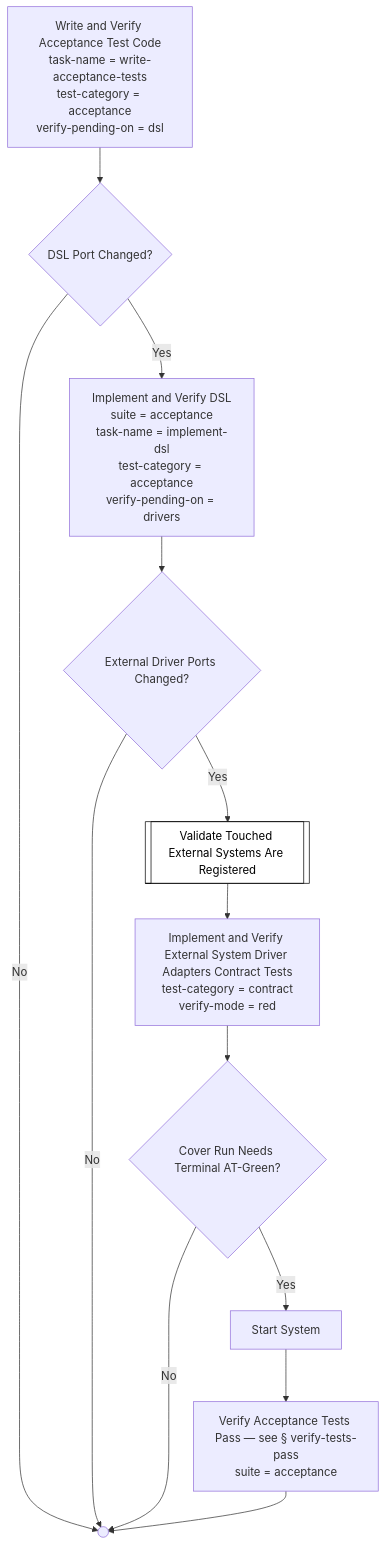
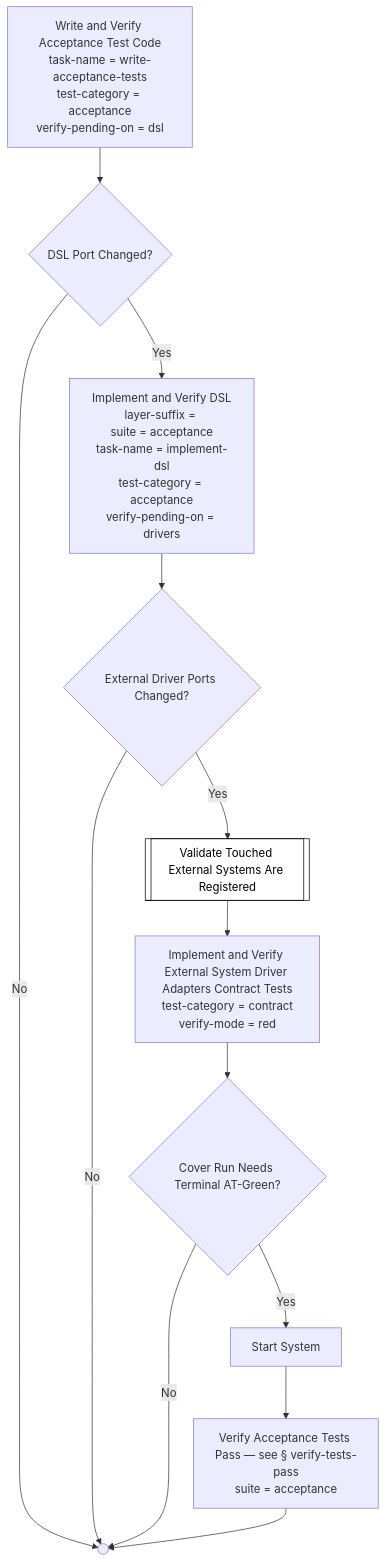
Before and after one commit to optivem/gh-optivem: diagram 15 of 51 in docs/process-diagram.md, drawn with Mermaid. The commit also changed other lines of this file and 9 other files, not shown here.

Commit message:
atdd: regenerate process-flow diagram

````diff
--- a/docs/process-diagram.md
+++ b/docs/process-diagram.md
@@ -285,29 +285,29 @@
 ```mermaid
 flowchart TD
     WRITE_AND_VERIFY_ACCEPTANCE_TEST_CODE["Write and Verify Acceptance Test Code<br/>task-name = write-acceptance-tests<br/>test-category = acceptance<br/>verify-pending-on = dsl"]
     GATE_DSL_PORT_CHANGED{DSL Port Changed?}
-    IMPLEMENT_AND_VERIFY_DSL["Implement and Verify DSL<br/>suite = acceptance<br/>task-name = implement-dsl<br/>test-category = acceptance<br/>verify-pending-on = drivers"]
+    IMPLEMENT_AND_VERIFY_DSL["Implement and Verify DSL<br/>layer-suffix = <br/>suite = acceptance<br/>task-name = implement-dsl<br/>test-category = acceptance<br/>verify-pending-on = drivers"]
     SHARED_CONTRACT_END(( ))
     GATE_EXTERNAL_DRIVER_PORTS_CHANGED{External Driver Ports Changed?}
     VALIDATE_EXTERNAL_SYSTEMS_REGISTERED[[Validate Touched External Systems Are Registered]]
     IMPLEMENT_AND_VERIFY_EXTERNAL_DRIVER_ADAPTERS["Implement and Verify External System Driver Adapters Contract Tests<br/>test-category = contract<br/>verify-mode = red"]
     GATE_AT_TERMINAL_GREEN{Cover Run Needs Terminal AT-Green?}
     START_SYSTEM_AT_TERMINAL[Start System]
     VERIFY_TESTS_PASS_ACCEPTANCE_TERMINAL["Verify Acceptance Tests Pass — see § verify-tests-pass<br/>suite = acceptance"]
 
     WRITE_AND_VERIFY_ACCEPTANCE_TEST_CODE --> GATE_DSL_PORT_CHANGED
     GATE_DSL_PORT_CHANGED -- Yes --> IMPLEMENT_AND_VERIFY_DSL
     GATE_DSL_PORT_CHANGED -- No --> SHARED_CONTRACT_END
     IMPLEMENT_AND_VERIFY_DSL --> GATE_EXTERNAL_DRIVER_PORTS_CHANGED
     GATE_EXTERNAL_DRIVER_PORTS_CHANGED -- Yes --> VALIDATE_EXTERNAL_SYSTEMS_REGISTERED
     GATE_EXTERNAL_DRIVER_PORTS_CHANGED -- No --> SHARED_CONTRACT_END
     VALIDATE_EXTERNAL_SYSTEMS_REGISTERED --> IMPLEMENT_AND_VERIFY_EXTERNAL_DRIVER_ADAPTERS
     IMPLEMENT_AND_VERIFY_EXTERNAL_DRIVER_ADAPTERS --> GATE_AT_TERMINAL_GREEN
     GATE_AT_TERMINAL_GREEN -- Yes --> START_SYSTEM_AT_TERMINAL
     GATE_AT_TERMINAL_GREEN -- No --> SHARED_CONTRACT_END
     START_SYSTEM_AT_TERMINAL --> VERIFY_TESTS_PASS_ACCEPTANCE_TERMINAL
     VERIFY_TESTS_PASS_ACCEPTANCE_TERMINAL --> SHARED_CONTRACT_END
 
     classDef serviceNode fill:#ffffff,stroke:#000000,stroke-width:1px,color:#000000
     class VALIDATE_EXTERNAL_SYSTEMS_REGISTERED serviceNode
 ```
````
